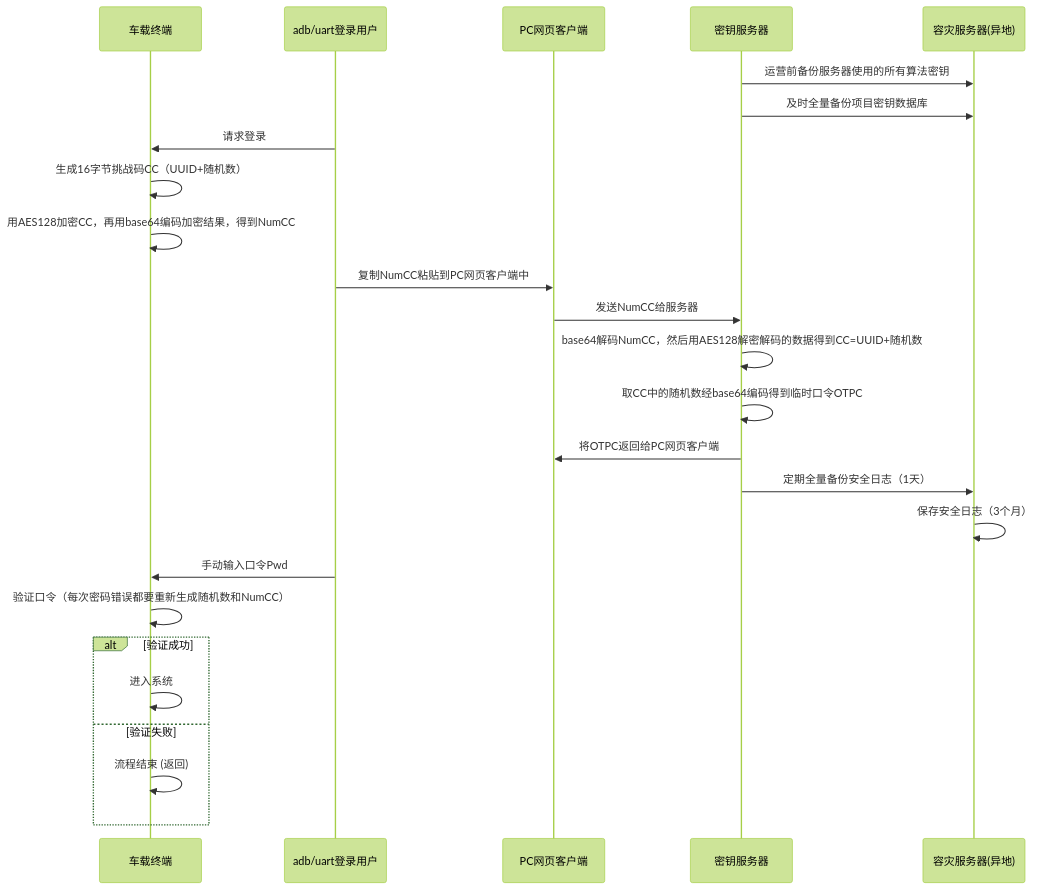
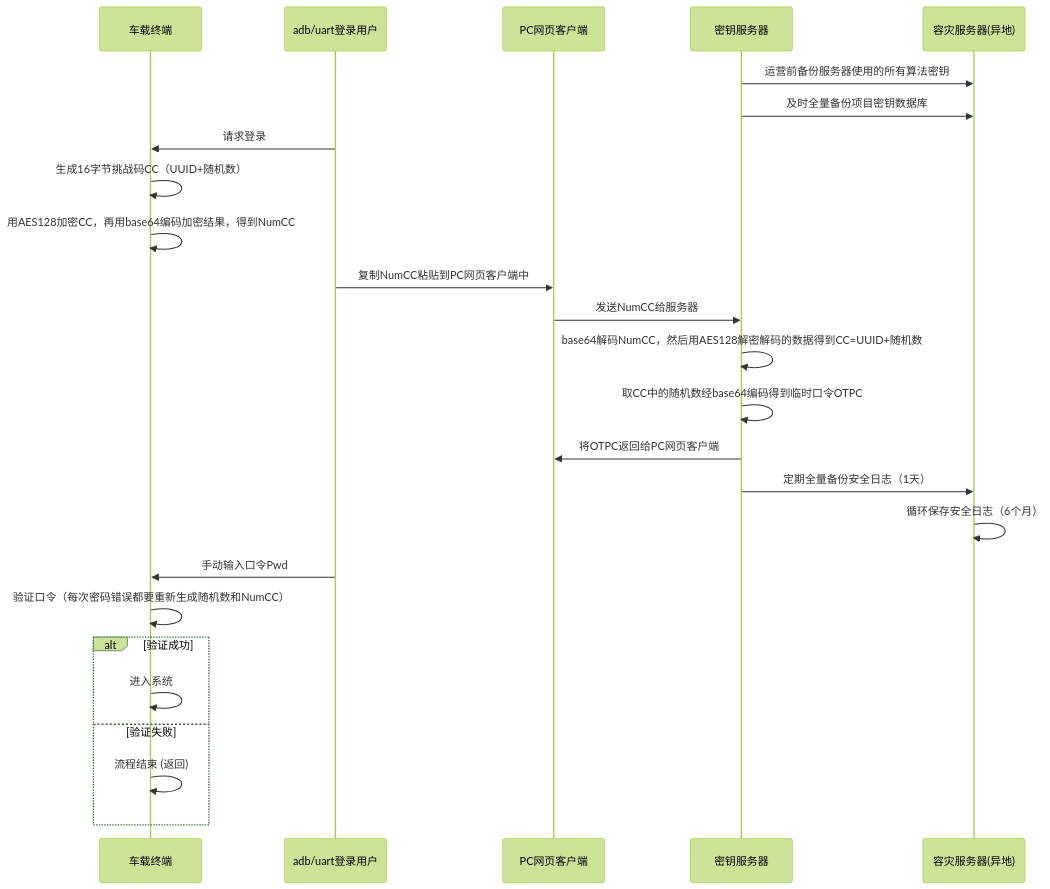
Before and after one commit to facebook-cloud/iodraw-files: the diagram in all/未命名-21.md, drawn with Mermaid (forest theme).

Commit message:
2026-04-14 13:27:46 update

````diff
--- a/all/未命名-21.md
+++ b/all/未命名-21.md
@@ -1,32 +1,32 @@
 ```mermaid
 sequenceDiagram
     participant tbox as 车载终端
     participant user as adb/uart登录用户
     participant pc as PC网页客户端
     participant tech_center as 密钥服务器
     participant backup as 容灾服务器(异地)
   
     tech_center->>backup: 运营前备份服务器使用的所有算法密钥
     tech_center->>backup: 及时全量备份项目密钥数据库
 
     user->>tbox: 请求登录
     tbox->>tbox: 生成16字节挑战码CC（UUID+随机数）
     tbox->>tbox: 用AES128加密CC，再用base64编码加密结果，得到NumCC
     user->>pc: 复制NumCC粘贴到PC网页客户端中
     pc->>tech_center: 发送NumCC给服务器
     tech_center->>tech_center: base64解码NumCC，然后用AES128解密解码的数据得到CC=UUID+随机数
     tech_center->>tech_center: 取CC中的随机数经base64编码得到临时口令OTPC
     tech_center->>pc: 将OTPC返回给PC网页客户端
 
     tech_center->>backup: 定期全量备份安全日志（1天）
-    backup->>backup: 保存安全日志（3个月）
+    backup->>backup: 循环保存安全日志（6个月）
     user->>tbox: 手动输入口令Pwd
     tbox->>tbox: 验证口令（每次密码错误都要重新生成随机数和NumCC）
     alt 验证成功
         tbox->>tbox: 进入系统
     else 验证失败
         tbox->>tbox: 流程结束 (返回)
     end
 
 
 ```
````
